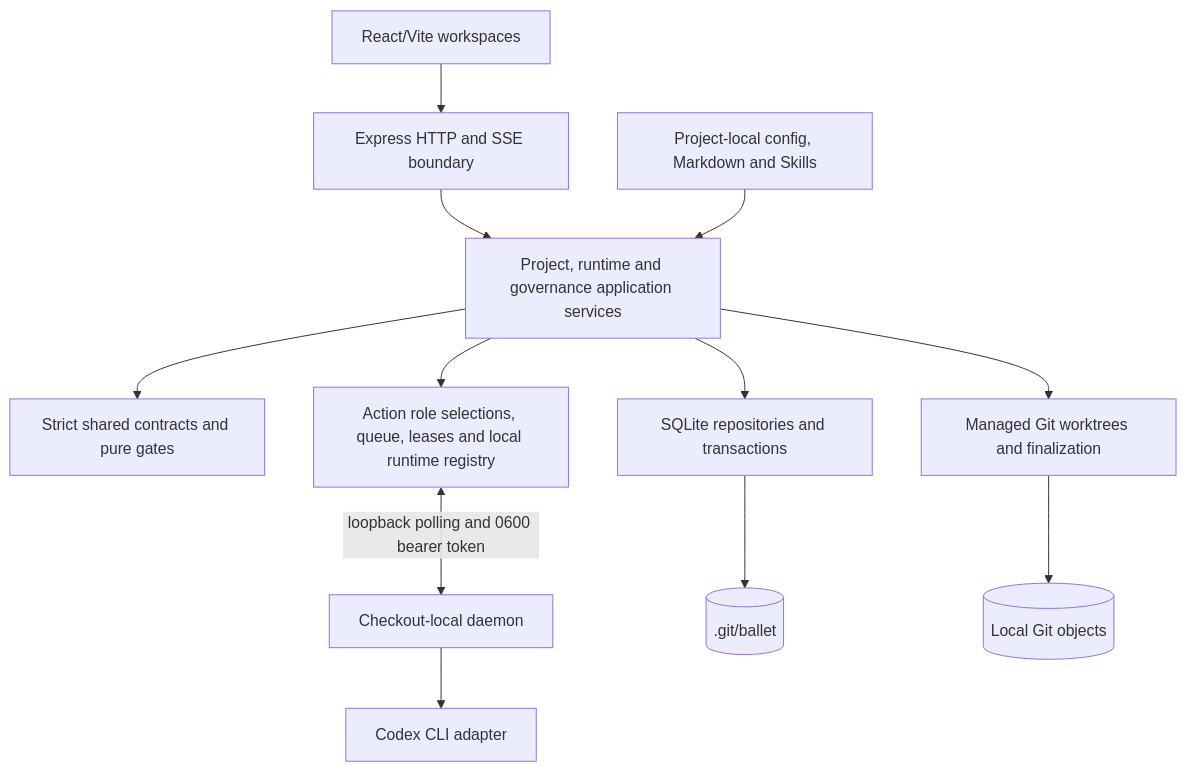
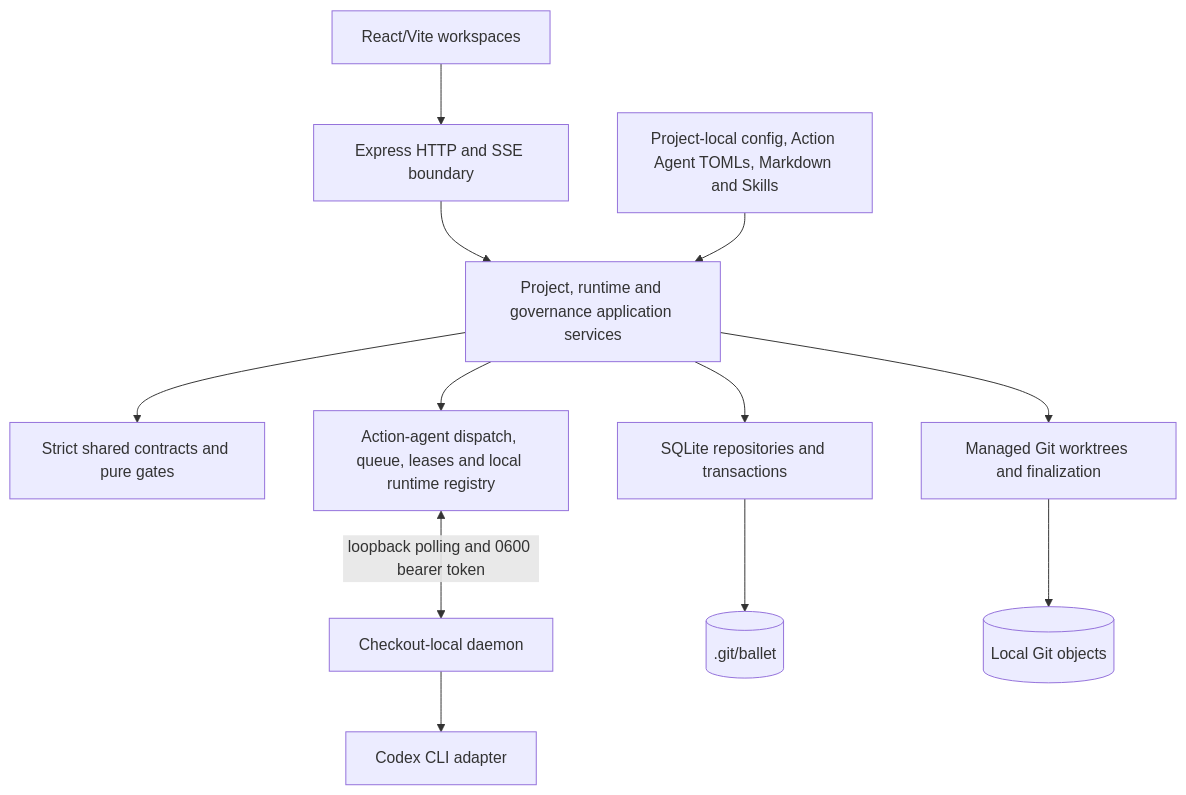
The second of 6 diagrams in ARCHITECTURE.md (isinisalo/ballet), drawn with Mermaid before and after one commit. The commit also changed other lines of this file and 142 other files, not shown here.

````diff
--- a/ARCHITECTURE.md
+++ b/ARCHITECTURE.md
@@ -48,14 +48,14 @@
 ```mermaid
 flowchart TB
   UI[React/Vite workspaces] --> HTTP[Express HTTP and SSE boundary]
   HTTP --> App[Project, runtime and governance application services]
   App --> Shared[Strict shared contracts and pure gates]
   App --> Persistence[SQLite repositories and transactions]
-  App --> LocalRuntime[Action role selections, queue, leases and local runtime registry]
+  App --> LocalRuntime[Action-agent dispatch, queue, leases and local runtime registry]
   LocalRuntime <-->|loopback polling and 0600 bearer token| Daemon[Checkout-local daemon]
   Daemon --> Execution[Codex CLI adapter]
   App --> Workspace[Managed Git worktrees and finalization]
-  Project[Project-local config, Markdown and Skills] --> App
+  Project[Project-local config, Action Agent TOMLs, Markdown and Skills] --> App
   Persistence --> Local[(.git/ballet)]
   Workspace --> Git[(Local Git objects)]
 ```
````
